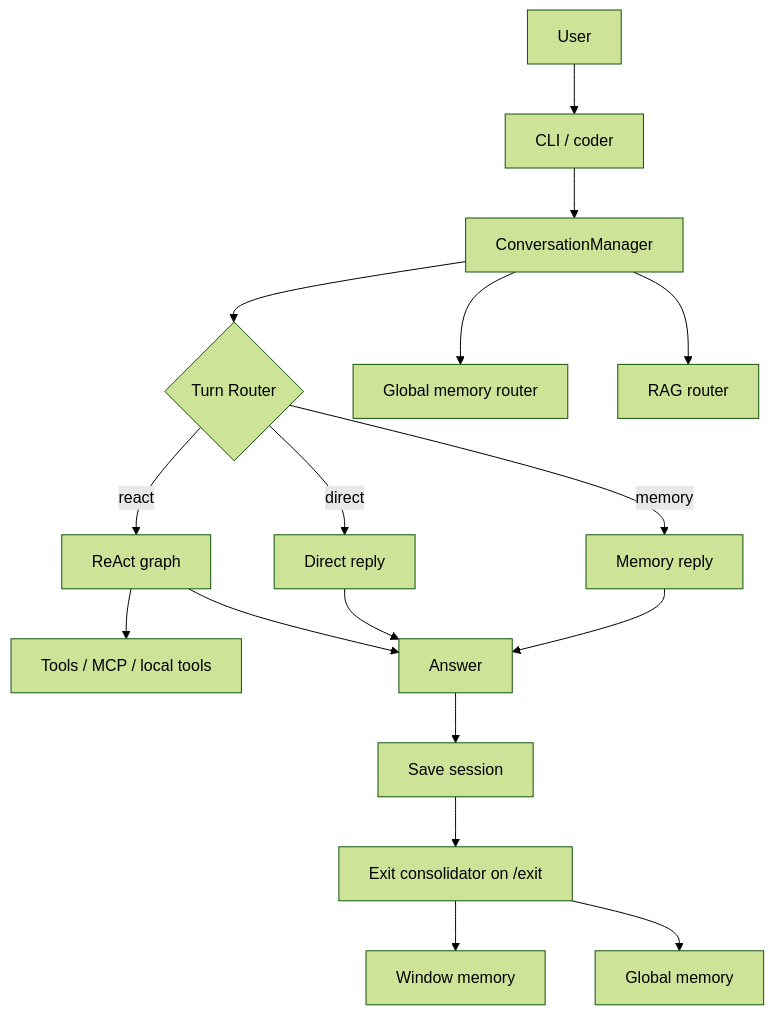
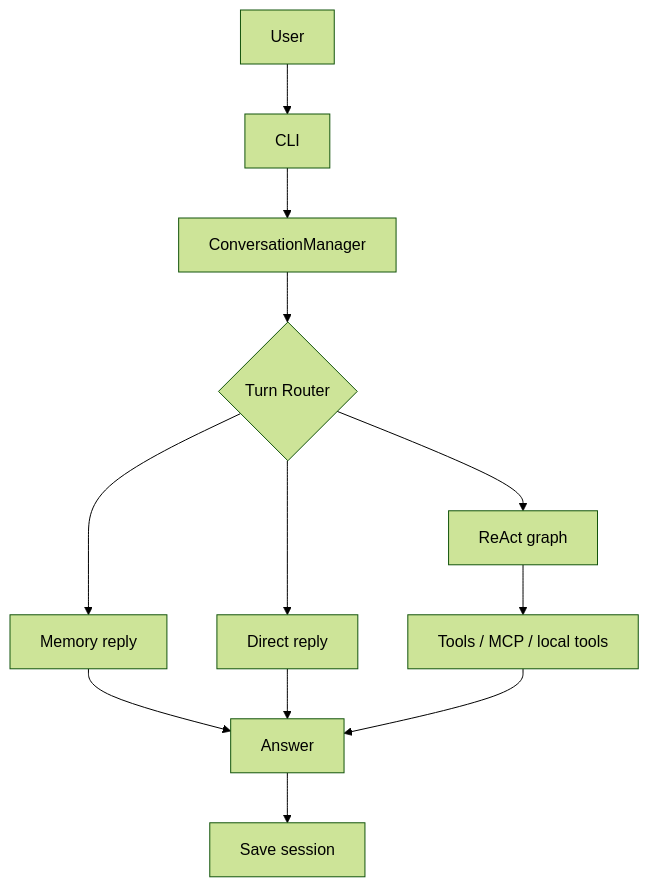
The first of 3 diagrams in MICRO_AGENT_ARCHITECTURE.en.md (deepfrish/micro-agent), drawn with Mermaid (forest theme) before and after one commit. The commit also changed other lines of this file and 3 other files, not shown here.

Commit message:
docs: add module trees and fix mermaid

````diff
--- a/MICRO_AGENT_ARCHITECTURE.en.md
+++ b/MICRO_AGENT_ARCHITECTURE.en.md
@@ -7,19 +7,14 @@
 ```mermaid
-flowchart TD
-    U[User] --> C[CLI / coder]
-    C --> M[ConversationManager]
-    M --> R{Turn Router}
-    R -->|memory| W1[Memory reply]
-    R -->|direct| D1[Direct reply]
-    R -->|react| A[ReAct graph]
-    M --> G[Global memory router]
-    M --> K[RAG router]
-    A --> T[Tools / MCP / local tools]
-    W1 --> O[Answer]
-    D1 --> O
-    A --> O
-    O --> S[Save session]
-    S --> E[Exit consolidator on /exit]
-    E --> W[Window memory]
-    E --> L[Global memory]
+graph TD
+    U["User"] --> CLI["CLI"]
+    CLI --> CM["ConversationManager"]
+    CM --> TR{"Turn Router"}
+    TR --> MR["Memory reply"]
+    TR --> DR["Direct reply"]
+    TR --> RG["ReAct graph"]
+    MR --> ANS["Answer"]
+    DR --> ANS
+    RG --> TOOLS["Tools / MCP / local tools"]
+    TOOLS --> ANS
+    ANS --> SAVE["Save session"]
 ```
````
